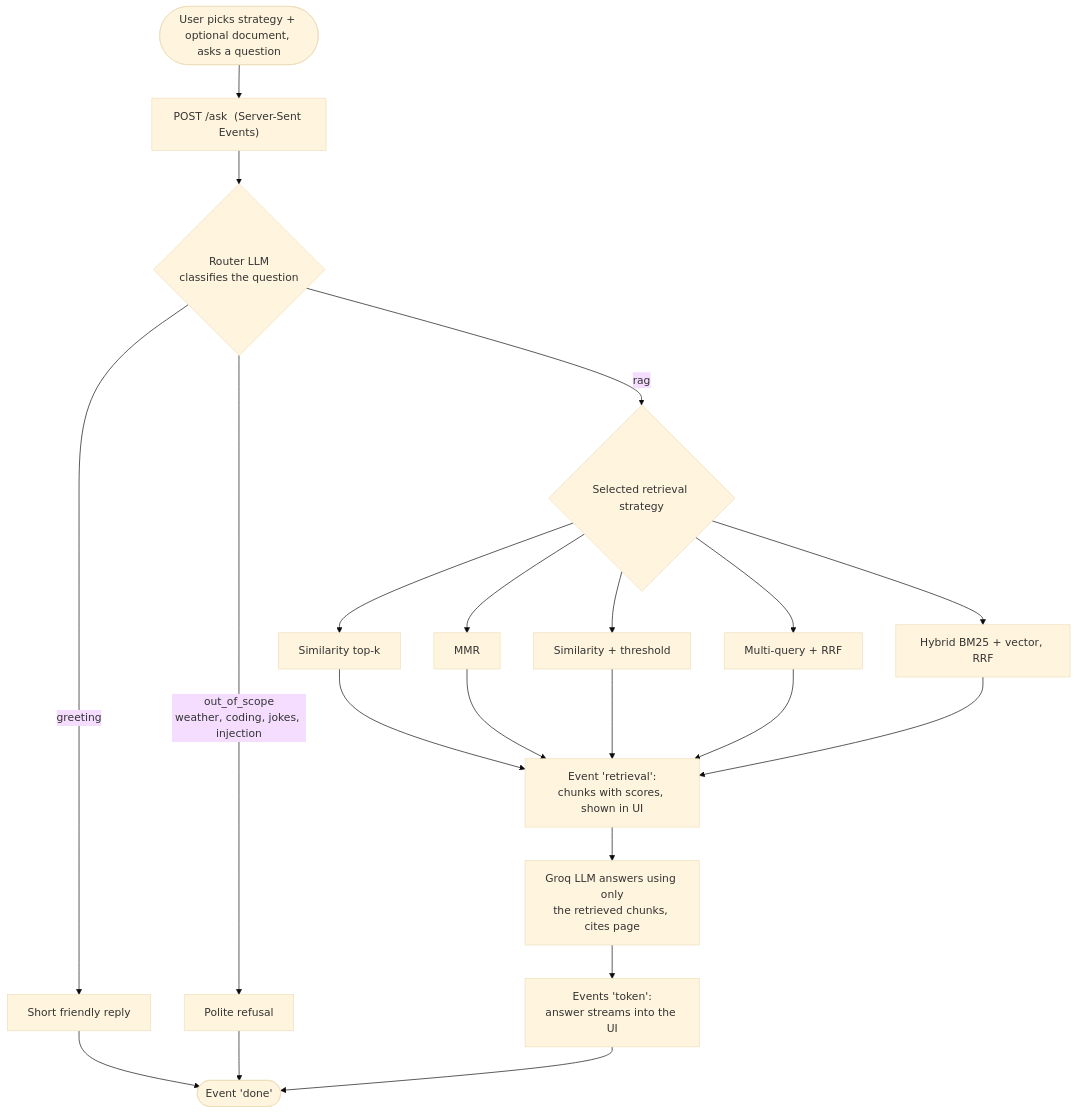
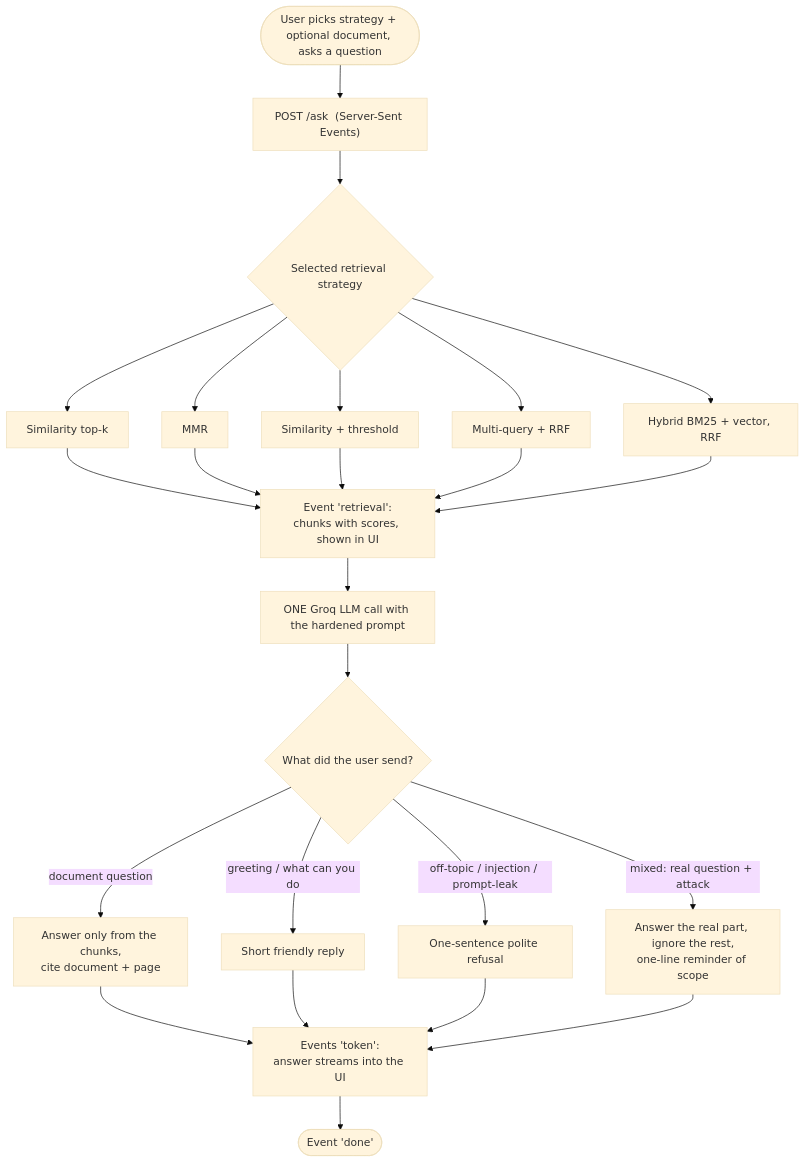
Before and after one commit to Jainilshah07/Financial-Rag: the third of 4 diagrams in ARCHITECTURE.md, drawn with Mermaid (base theme). The commit also changed other lines of this file and 39 other files, not shown here.

````diff
--- a/ARCHITECTURE.md
+++ b/ARCHITECTURE.md
@@ -67,22 +64,22 @@
 ```mermaid
 flowchart TD
     Q([User picks strategy + optional document, asks a question]) --> R["POST /ask  (Server-Sent Events)"]
-    R --> RT{"Router LLM<br/>classifies the question"}
-
-    RT -- "greeting" --> G1["Short friendly reply"]
-    RT -- "out_of_scope<br/>weather, coding, jokes, injection" --> G2["Polite refusal"]
-    G1 --> END
-    G2 --> END
-
-    RT -- "rag" --> S{"Selected retrieval strategy"}
+    R --> S{"Selected retrieval strategy"}
     S --> S1["Similarity top-k"]
     S --> S2["MMR"]
     S --> S3["Similarity + threshold"]
     S --> S4["Multi-query + RRF"]
     S --> S5["Hybrid BM25 + vector, RRF"]
 
     S1 & S2 & S3 & S4 & S5 --> CH["Event 'retrieval':<br/>chunks with scores, shown in UI"]
-    CH --> LLM["Groq LLM answers using only<br/>the retrieved chunks, cites page"]
-    LLM --> TK["Events 'token':<br/>answer streams into the UI"]
+    CH --> LLM["ONE Groq LLM call with the hardened prompt"]
+
+    LLM --> D{"What did the user send?"}
+    D -- "document question" --> A1["Answer only from the chunks,<br/>cite document + page"]
+    D -- "greeting / what can you do" --> A2["Short friendly reply"]
+    D -- "off-topic / injection / prompt-leak" --> A3["One-sentence polite refusal"]
+    D -- "mixed: real question + attack" --> A4["Answer the real part, ignore the rest,<br/>one-line reminder of scope"]
+
+    A1 & A2 & A3 & A4 --> TK["Events 'token':<br/>answer streams into the UI"]
     TK --> END(["Event 'done'"])
 ```
````
